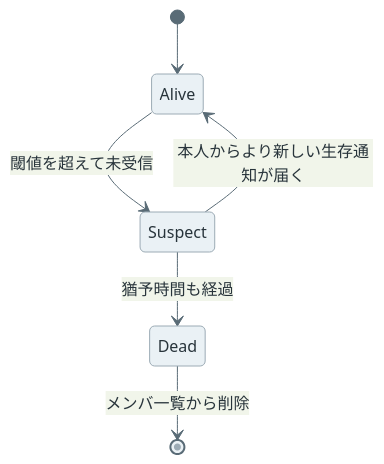
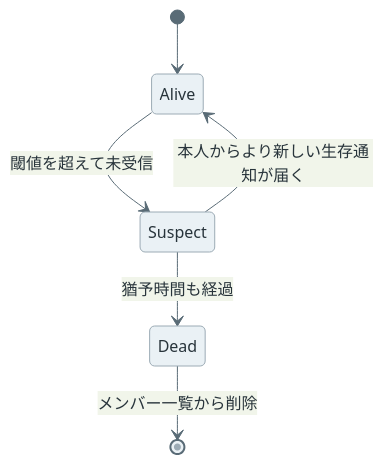
Before and after one commit to nao1215/debimate: the third of 3 diagrams in content/notes/distributed-systems/heartbeat/index.md, drawn with Mermaid. The commit also changed other lines of this file and 4 other files, not shown here.

Commit message:
docs(notes): refine five distributed systems and architecture notes

````diff
--- a/content/notes/distributed-systems/heartbeat/index.md
+++ b/content/notes/distributed-systems/heartbeat/index.md
@@ -106,9 +110,9 @@
 ```mermaid
 %%{init: {"theme":"base","themeVariables":{"primaryColor":"#eaf1f5","primaryTextColor":"#28343b","primaryBorderColor":"#9cabb5","lineColor":"#596b76","textColor":"#28343b","actorBkg":"#eaf1f5","actorBorder":"#9cabb5","actorTextColor":"#28343b","actorLineColor":"#9cabb5","signalColor":"#596b76","signalTextColor":"#28343b","noteBkgColor":"#f7f1e5","noteBorderColor":"#c5b99b","noteTextColor":"#403c32","activationBkgColor":"#edf3ef","activationBorderColor":"#9aafa1"}}}%%
 stateDiagram-v2
     [*] --> Alive
     Alive --> Suspect: 閾値を超えて未受信
     Suspect --> Alive: 本人からより新しい生存通知が届く
     Suspect --> Dead: 猶予時間も経過
-    Dead --> [*]: メンバ一覧から削除
+    Dead --> [*]: メンバー一覧から削除
 ```
````
